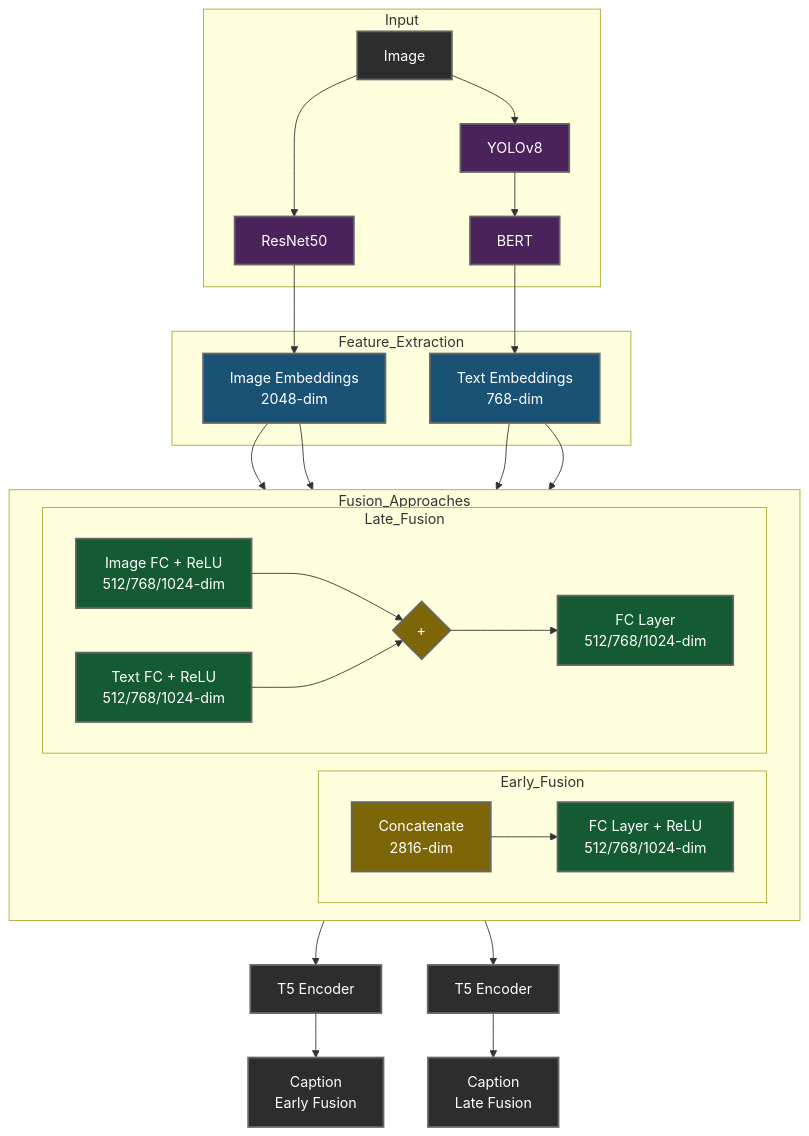
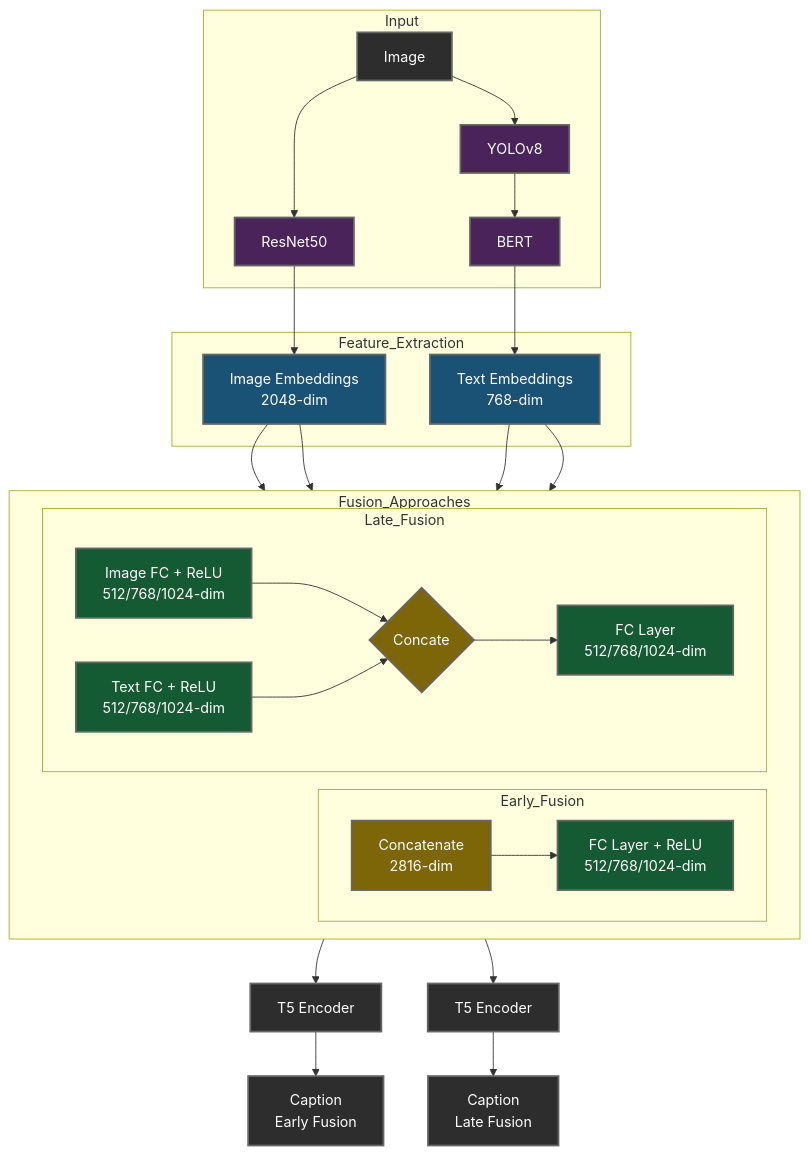
Before and after one commit to astro215/CaptionCraft-MultiModal: the diagram in README.md, drawn with Mermaid.

````diff
--- a/README.md
+++ b/README.md
@@ -9,41 +9,41 @@
 ```mermaid
     flowchart TB
         subgraph Input
             I[Image] --> R[ResNet50]
             I --> Y[YOLOv8]
             Y --> B[BERT]
         end
         subgraph Feature_Extraction
             R --> IE[Image Embeddings<br/>2048-dim]
             B --> TE[Text Embeddings<br/>768-dim]
         end
         subgraph Fusion_Approaches
             direction LR
             subgraph Early_Fusion
                 IE --> CAT[Concatenate<br/>2816-dim]
                 TE --> CAT
                 CAT --> EF[FC Layer + ReLU<br/>512/768/1024-dim]
             end
             subgraph Late_Fusion
                 IE --> IFC[Image FC + ReLU<br/>512/768/1024-dim]
                 TE --> TFC[Text FC + ReLU<br/>512/768/1024-dim]
-                IFC --> ADD{+}
+                IFC --> ADD{Concate}
                 TFC --> ADD
                 ADD --> LF[FC Layer<br/>512/768/1024-dim]
             end
         end
         EF --> T5E[T5 Encoder]
         LF --> T5L[T5 Encoder]
         
         T5E --> CE[Caption<br/>Early Fusion]
         T5L --> CL[Caption<br/>Late Fusion]
         classDef default fill:#2d2d2d,stroke:#666,stroke-width:2px,color:#fff
         classDef modelNode fill:#4a235a,stroke:#666,stroke-width:2px,color:#fff
         classDef embedNode fill:#1a5276,stroke:#666,stroke-width:2px,color:#fff
         classDef processNode fill:#145a32,stroke:#666,stroke-width:2px,color:#fff
         classDef fusionNode fill:#7d6608,stroke:#666,stroke-width:2px,color:#fff
         class R,Y,B modelNode
         class IE,TE embedNode
         class EF,IFC,TFC,LF processNode
         class CAT,ADD fusionNode
 ```
````
